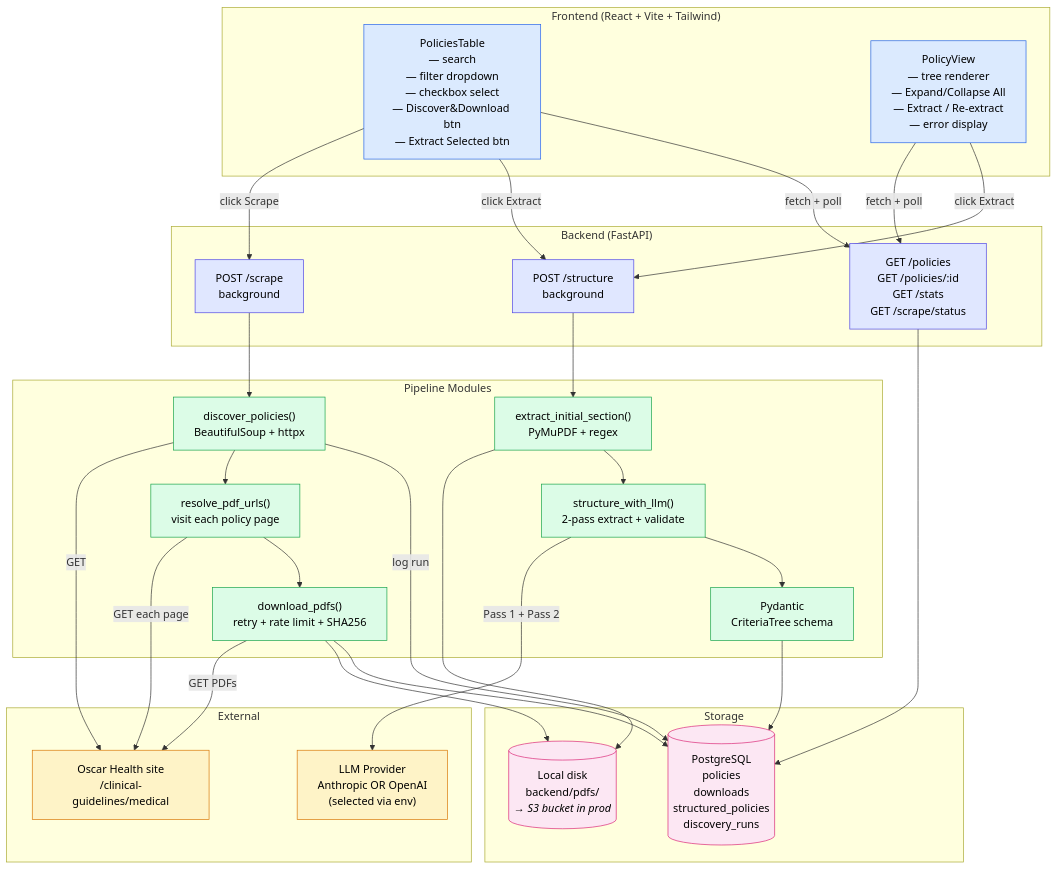
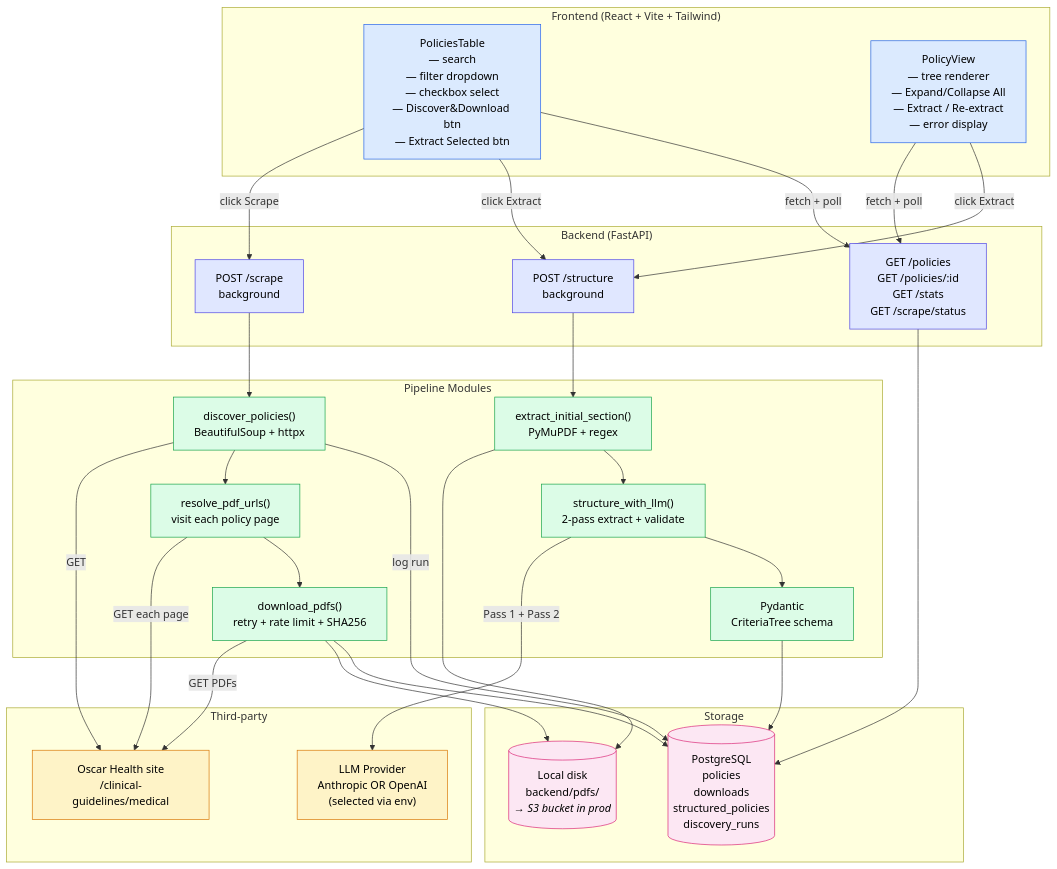
One commit to uynphm/assessment changed the first of 4 diagrams in SYSTEM_DESIGN.md. Above: the diagram before and after it, drawn with Mermaid. The commit also changed 5 other files, not shown here.

````diff
--- a/SYSTEM_DESIGN.md
+++ b/SYSTEM_DESIGN.md
@@ -5,73 +5,73 @@
 ```mermaid
 flowchart TB
-    subgraph External["External"]
+    subgraph Third-party["Third-party"]
         Oscar["Oscar Health site<br/>/clinical-guidelines/medical"]
         LLMAPI["LLM Provider<br/>Anthropic OR OpenAI<br/>(selected via env)"]
     end
 
     subgraph UI["Frontend (React + Vite + Tailwind)"]
         PoliciesTable["PoliciesTable<br/>— search<br/>— filter dropdown<br/>— checkbox select<br/>— Discover&Download btn<br/>— Extract Selected btn"]
         PolicyView["PolicyView<br/>— tree renderer<br/>— Expand/Collapse All<br/>— Extract / Re-extract<br/>— error display"]
     end
 
     subgraph API["Backend (FastAPI)"]
         Scrape["POST /scrape<br/>background"]
         Structure["POST /structure<br/>background"]
         ListAPI["GET /policies<br/>GET /policies/:id<br/>GET /stats<br/>GET /scrape/status"]
     end
 
     subgraph Pipeline["Pipeline Modules"]
         Discover["discover_policies()<br/>BeautifulSoup + httpx"]
         Resolve["resolve_pdf_urls()<br/>visit each policy page"]
         Download["download_pdfs()<br/>retry + rate limit + SHA256"]
         Extract["extract_initial_section()<br/>PyMuPDF + regex"]
         LLM["structure_with_llm()<br/>2-pass extract + validate"]
         Validate["Pydantic<br/>CriteriaTree schema"]
     end
 
     subgraph Storage["Storage"]
         Postgres[("PostgreSQL<br/>policies<br/>downloads<br/>structured_policies<br/>discovery_runs")]
         Disk[("Local disk<br/>backend/pdfs/<br/><i>→ S3 bucket in prod</i>")]
     end
 
     %% Frontend → API
     PoliciesTable -->|click Scrape| Scrape
     PoliciesTable -->|click Extract| Structure
     PoliciesTable -->|fetch + poll| ListAPI
     PolicyView -->|fetch + poll| ListAPI
     PolicyView -->|click Extract| Structure
 
     %% Scrape flow
     Scrape --> Discover
     Discover -->|GET| Oscar
     Discover --> Resolve
     Resolve -->|GET each page| Oscar
     Resolve --> Download
     Download -->|GET PDFs| Oscar
     Download --> Disk
     Download --> Postgres
     Discover -->|log run| Postgres
 
     %% Structure flow
     Structure --> Extract
     Extract --> Disk
     Extract --> LLM
     LLM -->|Pass 1 + Pass 2| LLMAPI
     LLM --> Validate
     Validate --> Postgres
 
     %% API reads
     ListAPI --> Postgres
 
     classDef external fill:#fef3c7,stroke:#d97706,color:#000
     classDef ui fill:#dbeafe,stroke:#2563eb,color:#000
     classDef api fill:#e0e7ff,stroke:#4f46e5,color:#000
     classDef pipeline fill:#dcfce7,stroke:#16a34a,color:#000
     classDef storage fill:#fce7f3,stroke:#db2777,color:#000
 
     class Oscar,LLMAPI external
     class PoliciesTable,PolicyView ui
     class Scrape,Structure,ListAPI api
     class Discover,Resolve,Download,Extract,LLM,Validate pipeline
     class Postgres,Disk storage
 ```
````
